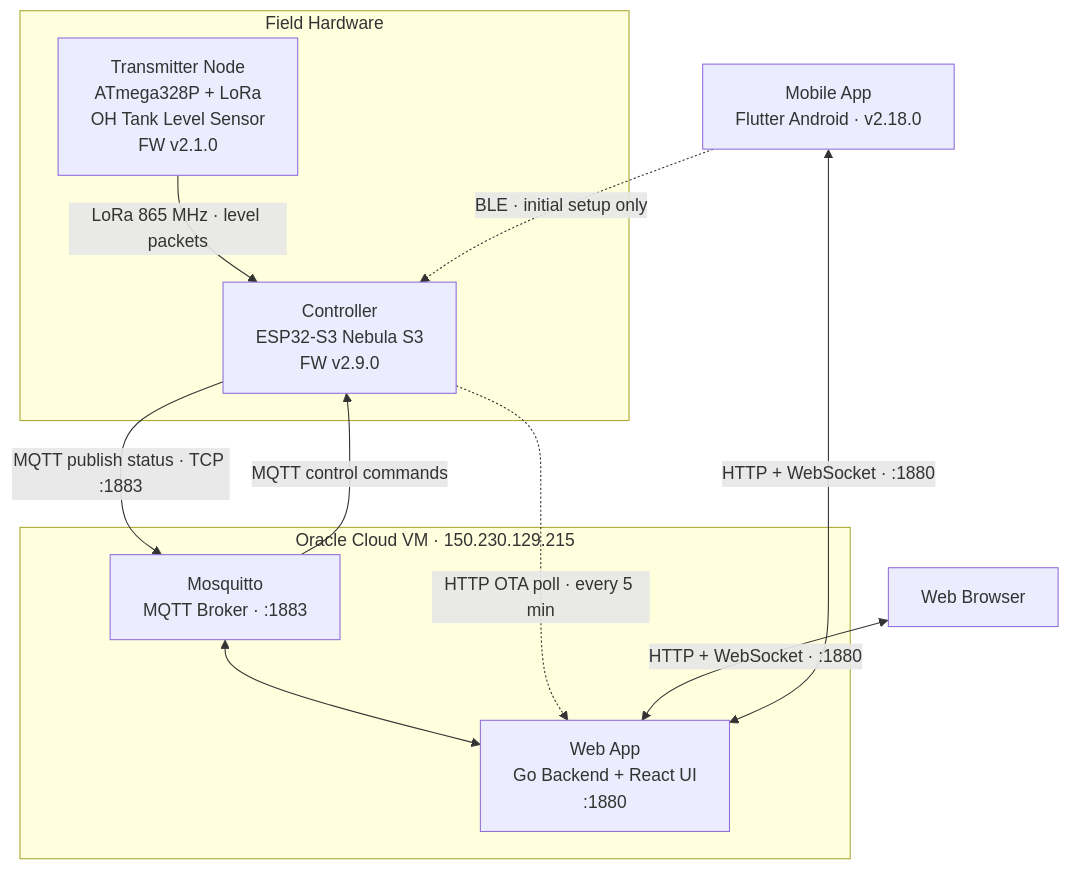
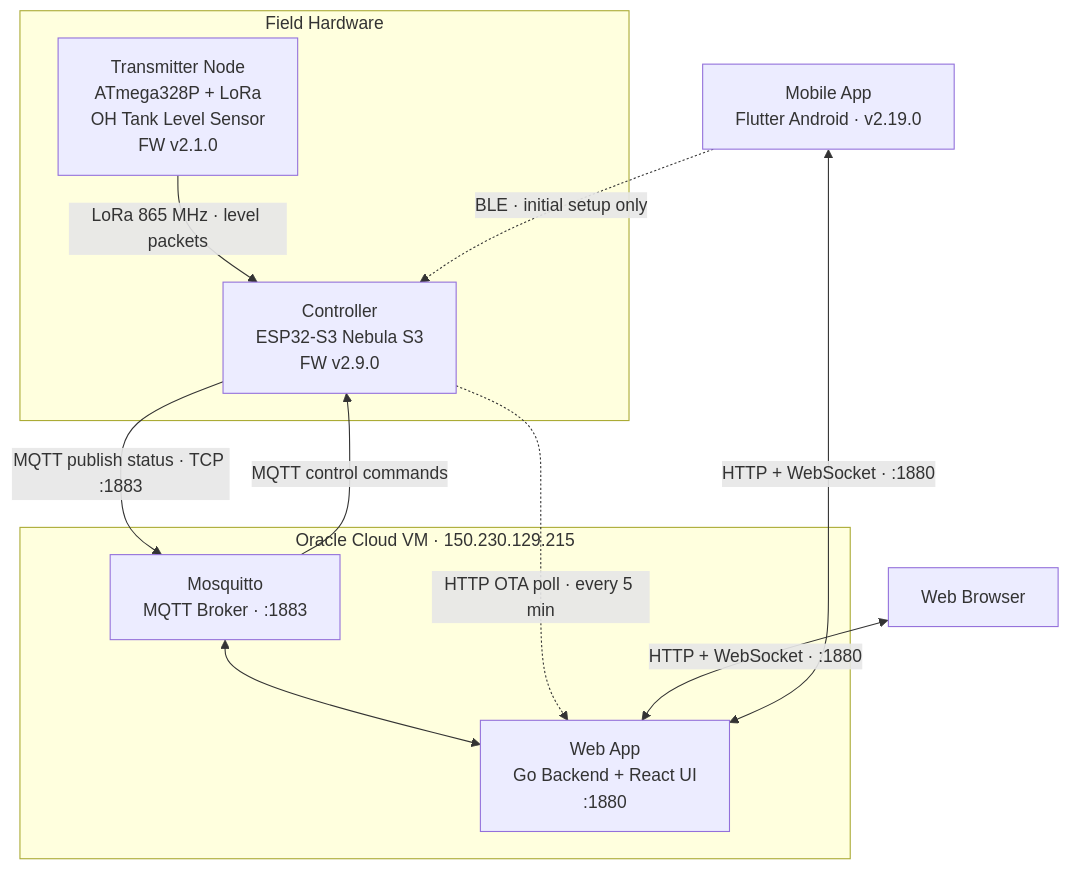
One commit to nperiannan/TankMonitor changed the first of 2 diagrams in README.md. Above: the diagram before and after it, drawn with Mermaid. The commit also changed other lines of this file and 6 other files, not shown here.

````diff
--- a/README.md
+++ b/README.md
@@ -9,25 +9,25 @@
 ```mermaid
 flowchart TD
     subgraph Field["Field Hardware"]
         TX["Transmitter Node\nATmega328P + LoRa\nOH Tank Level Sensor\nFW v2.1.0"]
         CTRL["Controller\nESP32-S3 Nebula S3\nFW v2.9.0"]
         TX -- "LoRa 865 MHz · level packets" --> CTRL
     end
 
     subgraph Server["Oracle Cloud VM · 150.230.129.215"]
         MQ["Mosquitto\nMQTT Broker · :1883"]
         WEB["Web App\nGo Backend + React UI\n:1880"]
         MQ <--> WEB
     end
 
     CTRL -- "MQTT publish status · TCP :1883" --> MQ
     MQ -- "MQTT control commands" --> CTRL
     CTRL -. "HTTP OTA poll · every 5 min" .-> WEB
 
     BROWSER["Web Browser"]
-    APP["Mobile App\nFlutter Android · v2.18.0"]
+    APP["Mobile App\nFlutter Android · v2.19.0"]
 
     BROWSER <-- "HTTP + WebSocket · :1880" --> WEB
     APP <-- "HTTP + WebSocket · :1880" --> WEB
     APP -. "BLE · initial setup only" .-> CTRL
 ```
````
